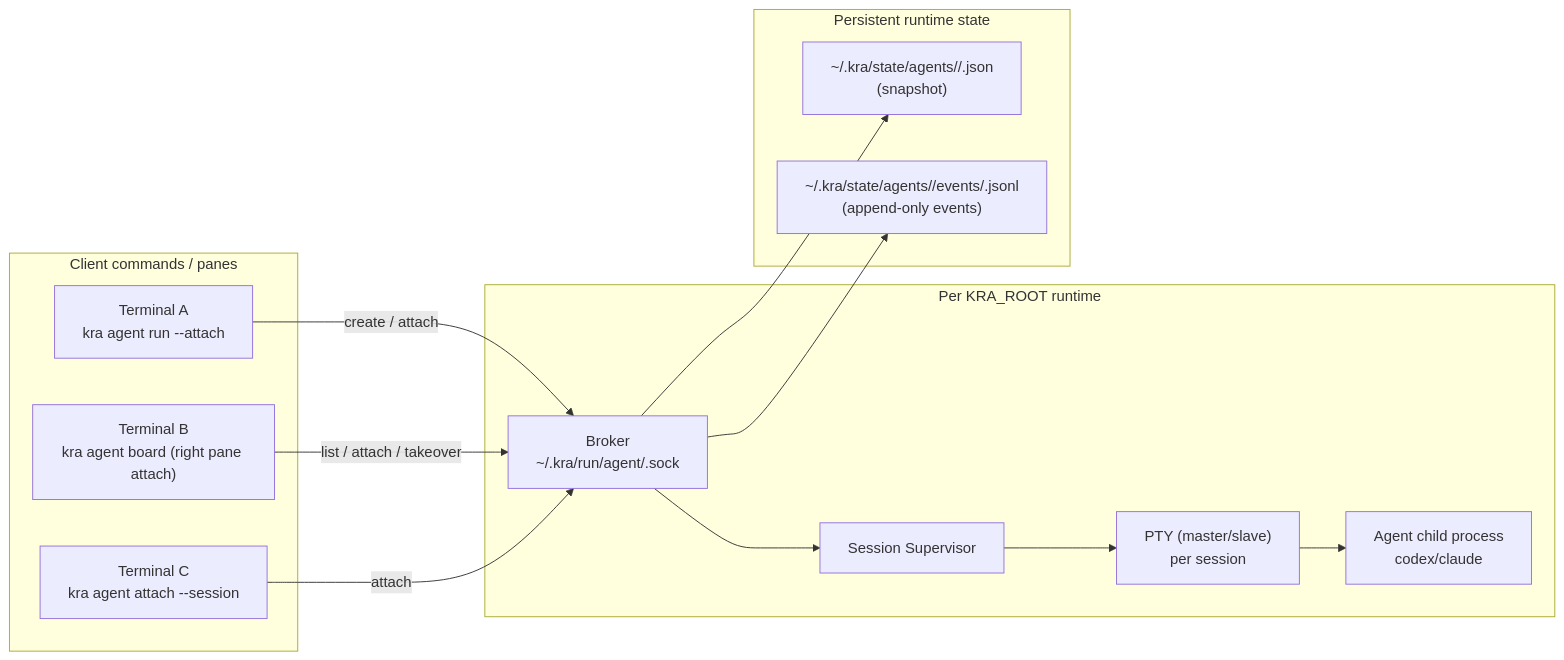
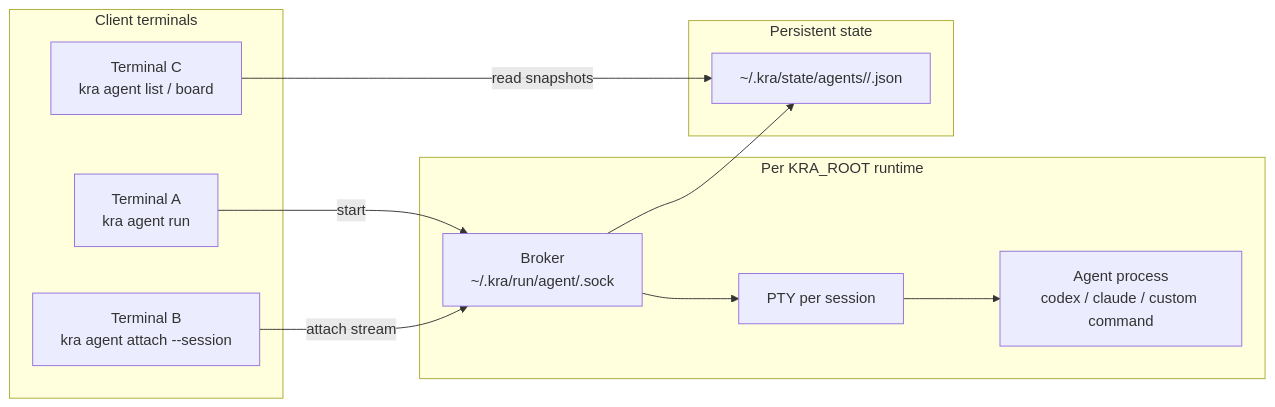
The first of 3 diagrams in docs/spec/concepts/agent-runtime.md (tasuku43/gionx), drawn with Mermaid before and after one commit. The commit also changed other lines of this file and 5 other files, not shown here.

Commit message:
docs(agent): align runtime specs and backlog status

````diff
--- a/docs/spec/concepts/agent-runtime.md
+++ b/docs/spec/concepts/agent-runtime.md
@@ -57,29 +34,24 @@
 ```mermaid
 flowchart LR
-  subgraph ClientSide["Client commands / panes"]
-    C1["Terminal A<br>kra agent run --attach"]
-    C2["Terminal B<br>kra agent board (right pane attach)"]
-    C3["Terminal C<br>kra agent attach --session <id>"]
+  subgraph Client["Client terminals"]
+    C1["Terminal A<br>kra agent run"]
+    C2["Terminal B<br>kra agent attach --session <id>"]
+    C3["Terminal C<br>kra agent list / board"]
   end
 
   subgraph Runtime["Per KRA_ROOT runtime"]
     B["Broker<br>~/.kra/run/agent/<root-hash>.sock"]
-    S1["Session Supervisor"]
-    P["PTY (master/slave)<br>per session"]
-    A["Agent child process<br>codex/claude"]
+    P["PTY per session"]
+    A["Agent process<br>codex / claude / custom command"]
   end
 
-  subgraph State["Persistent runtime state"]
-    SNAP["~/.kra/state/agents/<root-hash>/<session-id>.json<br>(snapshot)"]
-    EVT["~/.kra/state/agents/<root-hash>/events/<session-id>.jsonl<br>(append-only events)"]
+  subgraph State["Persistent state"]
+    S["~/.kra/state/agents/<root-hash>/<session-id>.json"]
   end
 
-  C1 -->|create / attach| B
-  C2 -->|list / attach / takeover| B
-  C3 -->|attach| B
-  B --> S1
-  S1 --> P
-  P --> A
-  B --> SNAP
-  B --> EVT
+  C1 -->|start| B
+  C2 -->|attach stream| B
+  C3 -->|read snapshots| S
+  B --> P --> A
+  B --> S
 ```
````
